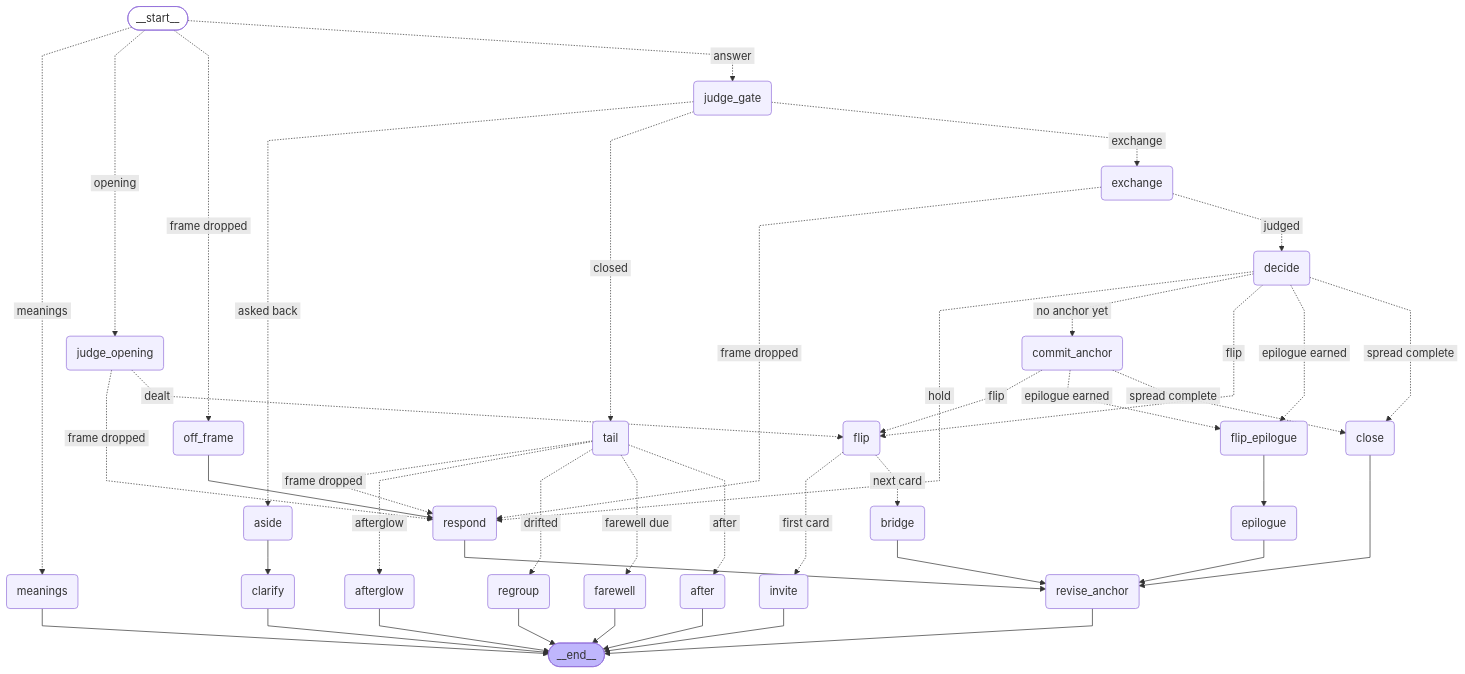
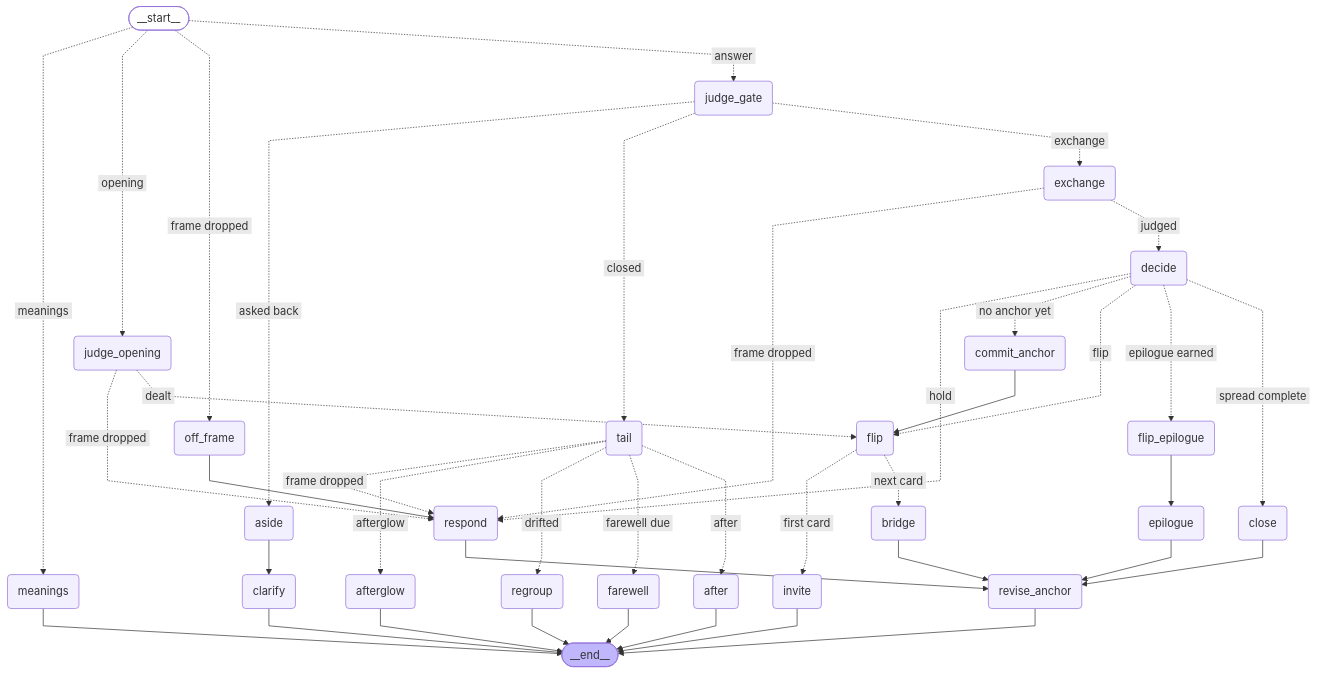
The diagram in .claude/plans/2026-09-16-langgraph-engine-expected.mmd (wyc79/ai-tarot-projection), drawn with Mermaid before and after one commit. The commit also changed 3 other files, not shown here.

```diff
--- a/.claude/plans/2026-09-16-langgraph-engine-expected.mmd
+++ b/.claude/plans/2026-09-16-langgraph-engine-expected.mmd
@@ -1,70 +1,68 @@
 %%{init: {'flowchart': {'curve': 'linear'}}}%%
 graph TD;
 	__start__([<p>__start__</p>]):::first
 	judge_opening(judge_opening)
 	judge_gate(judge_gate)
 	off_frame(off_frame)
 	aside(aside)
 	exchange(exchange)
 	tail(tail)
 	decide(decide)
 	commit_anchor(commit_anchor)
 	flip(flip)
 	flip_epilogue(flip_epilogue)
 	invite(invite)
 	respond(respond)
 	clarify(clarify)
 	bridge(bridge)
 	epilogue(epilogue)
 	close(close)
 	after(after)
 	farewell(farewell)
 	afterglow(afterglow)
 	regroup(regroup)
 	meanings(meanings)
 	revise_anchor(revise_anchor)
 	__end__([<p>__end__</p>]):::last
 	after --> __end__;
 	afterglow --> __end__;
 	aside --> clarify;
 	bridge --> revise_anchor;
 	clarify --> __end__;
 	close --> revise_anchor;
+	commit_anchor --> flip;
 	epilogue --> revise_anchor;
 	farewell --> __end__;
 	flip_epilogue --> epilogue;
 	invite --> __end__;
 	meanings --> __end__;
 	off_frame --> respond;
 	regroup --> __end__;
 	respond --> revise_anchor;
 	revise_anchor --> __end__;
 	__start__ -. &nbsp;meanings&nbsp; .-> meanings;
 	__start__ -. &nbsp;opening&nbsp; .-> judge_opening;
 	__start__ -. &nbsp;frame dropped&nbsp; .-> off_frame;
 	__start__ -. &nbsp;answer&nbsp; .-> judge_gate;
 	judge_opening -. &nbsp;frame dropped&nbsp; .-> respond;
 	judge_opening -. &nbsp;dealt&nbsp; .-> flip;
 	judge_gate -. &nbsp;asked back&nbsp; .-> aside;
 	judge_gate -. &nbsp;closed&nbsp; .-> tail;
 	judge_gate -. &nbsp;exchange&nbsp; .-> exchange;
 	tail -. &nbsp;frame dropped&nbsp; .-> respond;
 	tail -. &nbsp;afterglow&nbsp; .-> afterglow;
 	tail -. &nbsp;drifted&nbsp; .-> regroup;
 	tail -. &nbsp;farewell due&nbsp; .-> farewell;
 	tail -. &nbsp;after&nbsp; .-> after;
 	exchange -. &nbsp;frame dropped&nbsp; .-> respond;
 	exchange -. &nbsp;judged&nbsp; .-> decide;
 	decide -. &nbsp;hold&nbsp; .-> respond;
 	decide -. &nbsp;no anchor yet&nbsp; .-> commit_anchor;
 	decide -. &nbsp;flip&nbsp; .-> flip;
 	decide -. &nbsp;epilogue earned&nbsp; .-> flip_epilogue;
 	decide -. &nbsp;spread complete&nbsp; .-> close;
-	commit_anchor -. &nbsp;flip&nbsp; .-> flip;
-	commit_anchor -. &nbsp;epilogue earned&nbsp; .-> flip_epilogue;
-	commit_anchor -. &nbsp;spread complete&nbsp; .-> close;
 	flip -. &nbsp;first card&nbsp; .-> invite;
 	flip -. &nbsp;next card&nbsp; .-> bridge;
 	classDef default fill:#f2f0ff,line-height:1.2;
 	classDef first fill-opacity:0;
 	classDef last fill:#bfb6fc;
```
